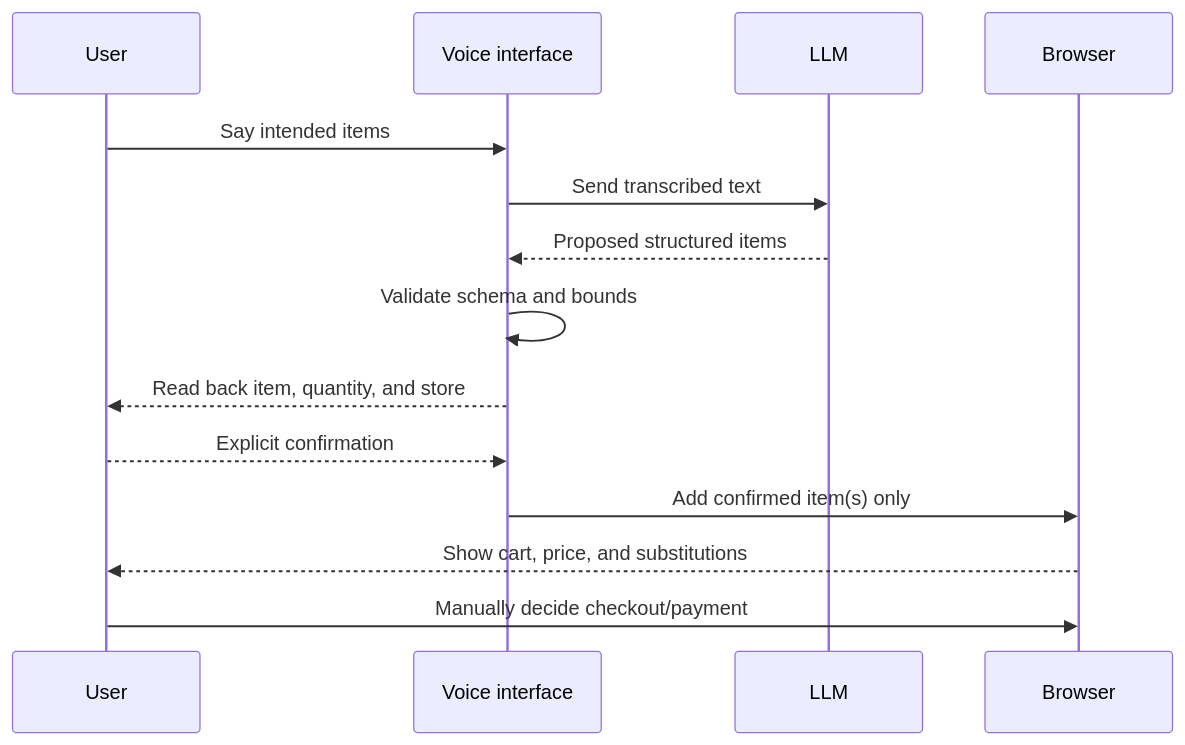
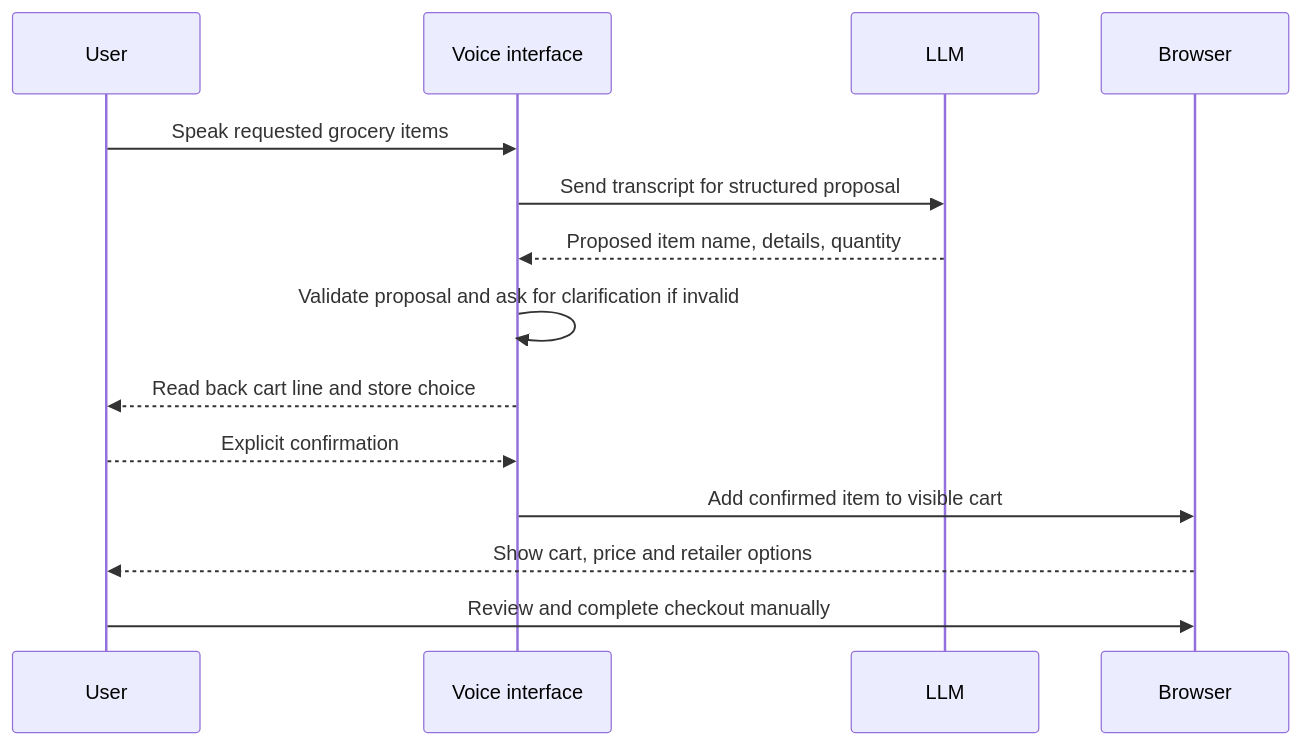
Before and after one commit to CHAITANYA-2002/machine-learning-projects: the first of 3 diagrams in 13-voice-shopping-agent/README.md, drawn with Mermaid. The commit also changed other lines of this file and 109 other files, not shown here.

````diff
--- a/13-voice-shopping-agent/README.md
+++ b/13-voice-shopping-agent/README.md
@@ -98,16 +11,16 @@
 ```mermaid
 sequenceDiagram
     participant U as User
     participant V as Voice interface
     participant L as LLM
     participant B as Browser
-    U->>V: Say intended items
-    V->>L: Send transcribed text
-    L-->>V: Proposed structured items
-    V->>V: Validate schema and bounds
-    V-->>U: Read back item, quantity, and store
+    U->>V: Speak requested grocery items
+    V->>L: Send transcript for structured proposal
+    L-->>V: Proposed item name, details, quantity
+    V->>V: Validate proposal and ask for clarification if invalid
+    V-->>U: Read back cart line and store choice
     U-->>V: Explicit confirmation
-    V->>B: Add confirmed item(s) only
-    B-->>U: Show cart, price, and substitutions
-    U->>B: Manually decide checkout/payment
+    V->>B: Add confirmed item to visible cart
+    B-->>U: Show cart, price and retailer options
+    U->>B: Review and complete checkout manually
 ```
````
